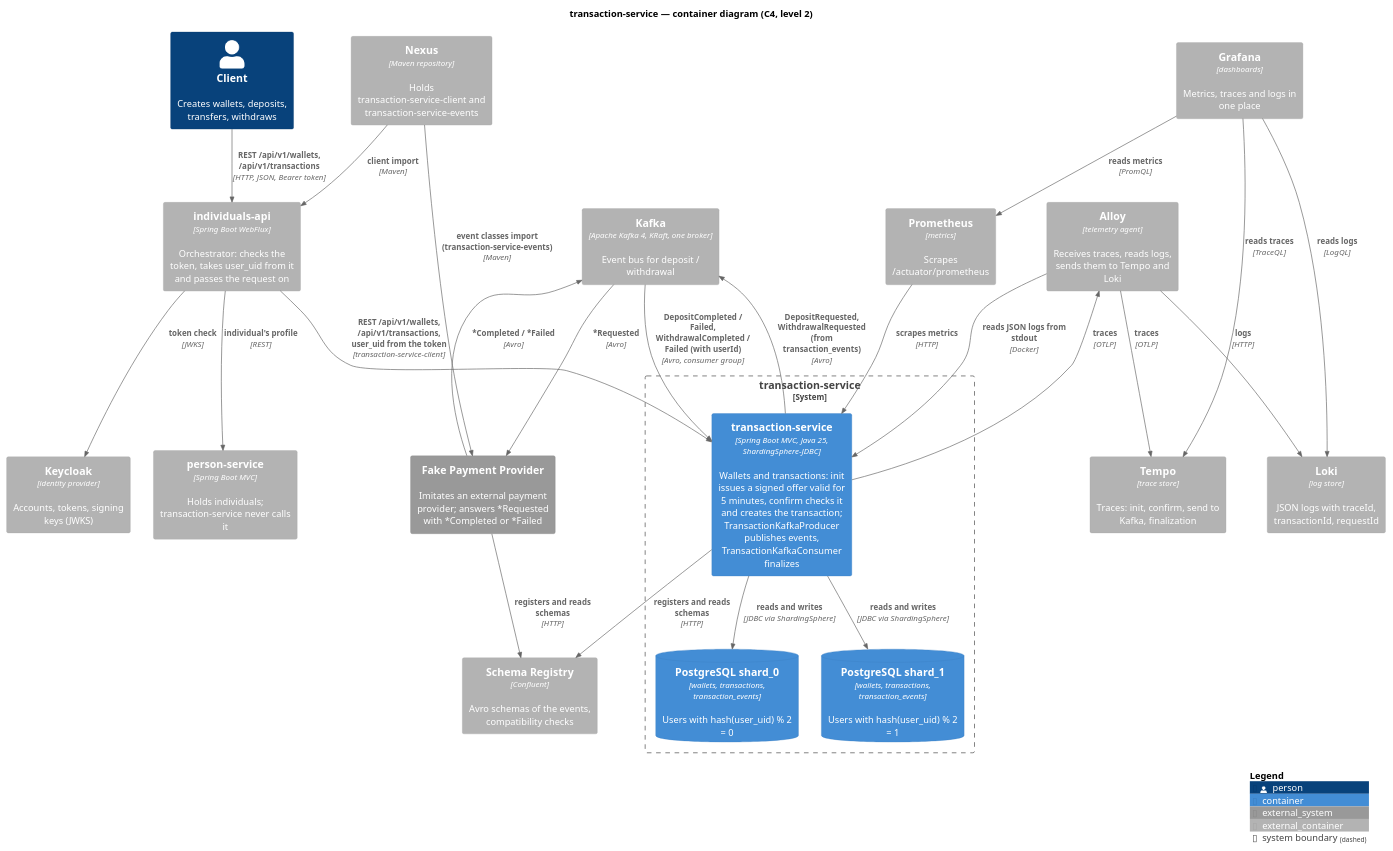
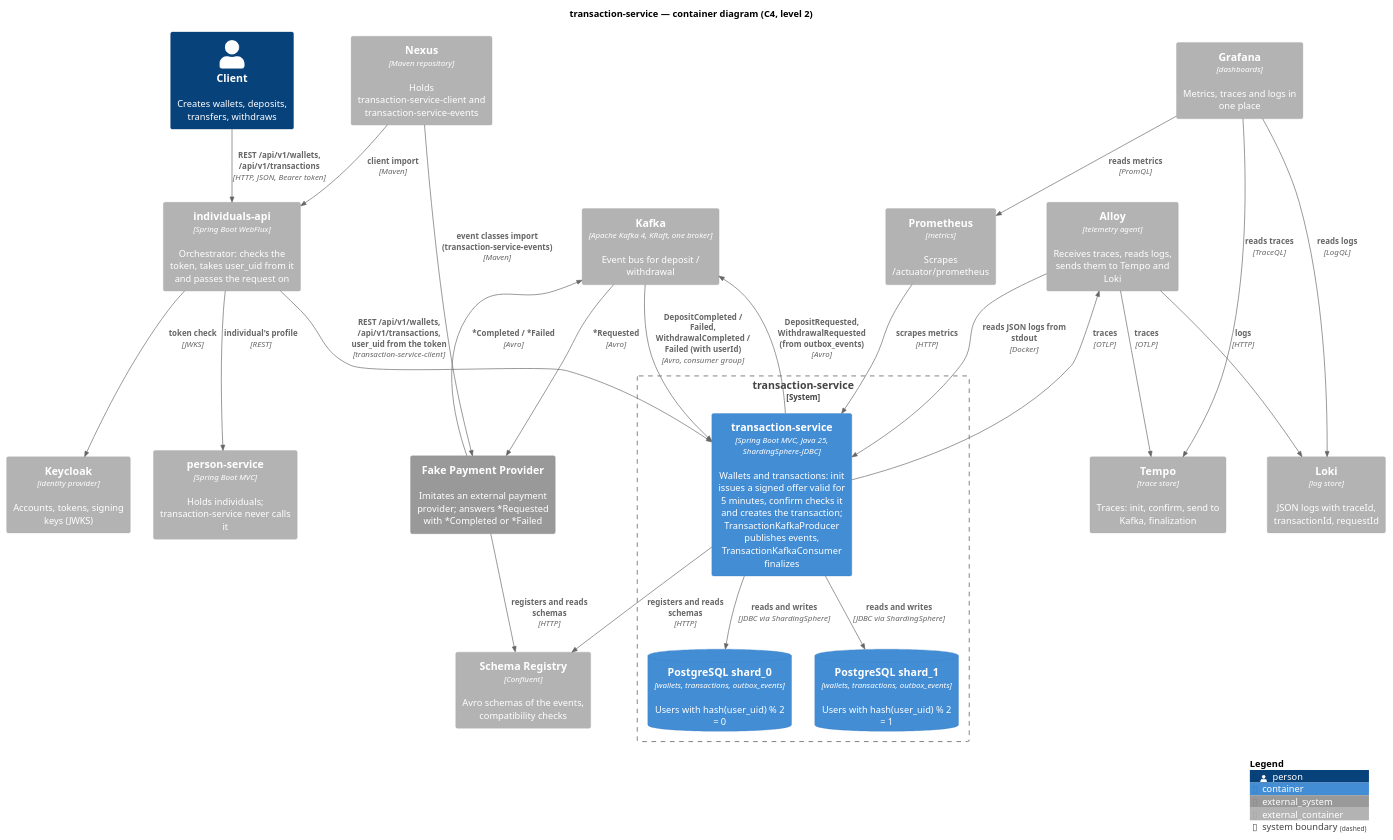
The diagram in transaction-service/diagrams-c4/uml/en/container.puml (dezxxx/payment-platform), drawn with PlantUML before and after one commit. The commit also changed 50 other files, not shown here.

Commit message:
refactor: name the outbox and harden Kafka delivery

```diff
--- a/transaction-service/diagrams-c4/uml/en/container.puml
+++ b/transaction-service/diagrams-c4/uml/en/container.puml
@@ -1,53 +1,53 @@
 @startuml container
 !include <C4/C4_Container>
 
 title transaction-service — container diagram (C4, level 2)
 
 Person(client, "Client", "Creates wallets, deposits, transfers, withdraws")
 
 Container_Ext(individualsApi, "individuals-api", "Spring Boot WebFlux", "Orchestrator: checks the token, takes user_uid from it and passes the request on")
 Container_Ext(keycloak, "Keycloak", "identity provider", "Accounts, tokens, signing keys (JWKS)")
 Container_Ext(personService, "person-service", "Spring Boot MVC", "Holds individuals; transaction-service never calls it")
 
 System_Boundary(ts, "transaction-service") {
     Container(app, "transaction-service", "Spring Boot MVC, Java 25, ShardingSphere-JDBC", "Wallets and transactions: init issues a signed offer valid for 5 minutes, confirm checks it and creates the transaction; TransactionKafkaProducer publishes events, TransactionKafkaConsumer finalizes")
-    ContainerDb(shard0, "PostgreSQL shard_0", "wallets, transactions, transaction_events", "Users with hash(user_uid) % 2 = 0")
-    ContainerDb(shard1, "PostgreSQL shard_1", "wallets, transactions, transaction_events", "Users with hash(user_uid) % 2 = 1")
+    ContainerDb(shard0, "PostgreSQL shard_0", "wallets, transactions, outbox_events", "Users with hash(user_uid) % 2 = 0")
+    ContainerDb(shard1, "PostgreSQL shard_1", "wallets, transactions, outbox_events", "Users with hash(user_uid) % 2 = 1")
 }
 
 Container_Ext(kafka, "Kafka", "Apache Kafka 4, KRaft, one broker", "Event bus for deposit / withdrawal")
 Container_Ext(schemaRegistry, "Schema Registry", "Confluent", "Avro schemas of the events, compatibility checks")
 System_Ext(provider, "Fake Payment Provider", "Imitates an external payment provider; answers *Requested with *Completed or *Failed")
 
 Container_Ext(nexus, "Nexus", "Maven repository", "Holds transaction-service-client and transaction-service-events")
 Container_Ext(prometheus, "Prometheus", "metrics", "Scrapes /actuator/prometheus")
 Container_Ext(alloy, "Alloy", "telemetry agent", "Receives traces, reads logs, sends them to Tempo and Loki")
 Container_Ext(tempo, "Tempo", "trace store", "Traces: init, confirm, send to Kafka, finalization")
 Container_Ext(loki, "Loki", "log store", "JSON logs with traceId, transactionId, requestId")
 Container_Ext(grafana, "Grafana", "dashboards", "Metrics, traces and logs in one place")
 
 Rel(client, individualsApi, "REST /api/v1/wallets, /api/v1/transactions", "HTTP, JSON, Bearer token")
 Rel(individualsApi, keycloak, "token check", "JWKS")
 Rel(individualsApi, personService, "individual's profile", "REST")
 Rel(individualsApi, app, "REST /api/v1/wallets, /api/v1/transactions, user_uid from the token", "transaction-service-client")
 Rel(app, shard0, "reads and writes", "JDBC via ShardingSphere")
 Rel(app, shard1, "reads and writes", "JDBC via ShardingSphere")
-Rel(app, kafka, "DepositRequested, WithdrawalRequested (from transaction_events)", "Avro")
+Rel(app, kafka, "DepositRequested, WithdrawalRequested (from outbox_events)", "Avro")
 Rel(kafka, app, "DepositCompleted / Failed, WithdrawalCompleted / Failed (with userId)", "Avro, consumer group")
 Rel(kafka, provider, "*Requested", "Avro")
 Rel(provider, kafka, "*Completed / *Failed", "Avro")
 Rel(app, schemaRegistry, "registers and reads schemas", "HTTP")
 Rel(provider, schemaRegistry, "registers and reads schemas", "HTTP")
 Rel(nexus, individualsApi, "client import", "Maven")
 Rel(nexus, provider, "event classes import (transaction-service-events)", "Maven")
 Rel(prometheus, app, "scrapes metrics", "HTTP")
 Rel(app, alloy, "traces", "OTLP")
 Rel(alloy, app, "reads JSON logs from stdout", "Docker")
 Rel(alloy, tempo, "traces", "OTLP")
 Rel(alloy, loki, "logs", "HTTP")
 Rel(grafana, prometheus, "reads metrics", "PromQL")
 Rel(grafana, tempo, "reads traces", "TraceQL")
 Rel(grafana, loki, "reads logs", "LogQL")
 
 SHOW_LEGEND()
 @enduml
```
